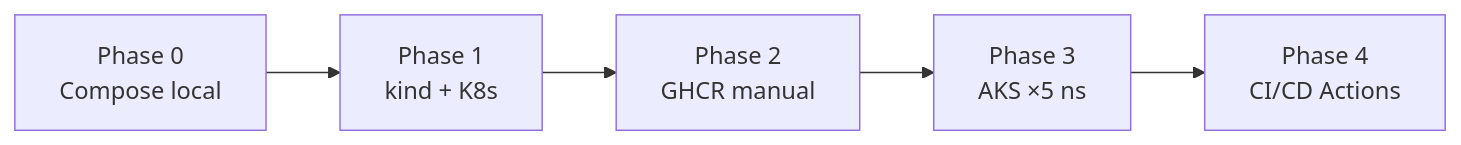
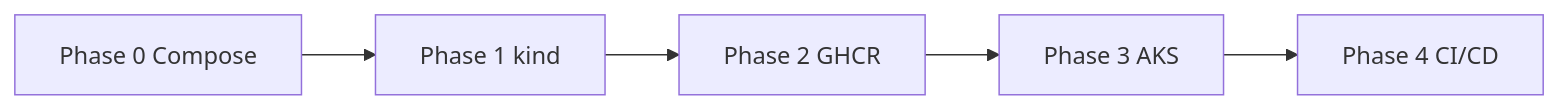
One commit to crozzbite/DnDApp changed the first of 3 diagrams in docs/deployment/COMMAND-REFERENCE.md. Above: the diagram before and after it, drawn with Mermaid. The commit also changed other lines of this file, not shown here.

````diff
--- a/docs/deployment/COMMAND-REFERENCE.md
+++ b/docs/deployment/COMMAND-REFERENCE.md
@@ -55,9 +35,7 @@
 ```mermaid
 flowchart LR
-  P0["Phase 0<br/>Compose local"]
-  P1["Phase 1<br/>kind + K8s"]
-  P2["Phase 2<br/>GHCR manual"]
-  P3["Phase 3<br/>AKS ×5 ns"]
-  P4["Phase 4<br/>CI/CD Actions"]
-  P0 --> P1 --> P2 --> P3 --> P4
+  P0["Phase 0 Compose"] --> P1["Phase 1 kind"]
+  P1 --> P2["Phase 2 GHCR"]
+  P2 --> P3["Phase 3 AKS"]
+  P3 --> P4["Phase 4 CI/CD"]
 ```
````
